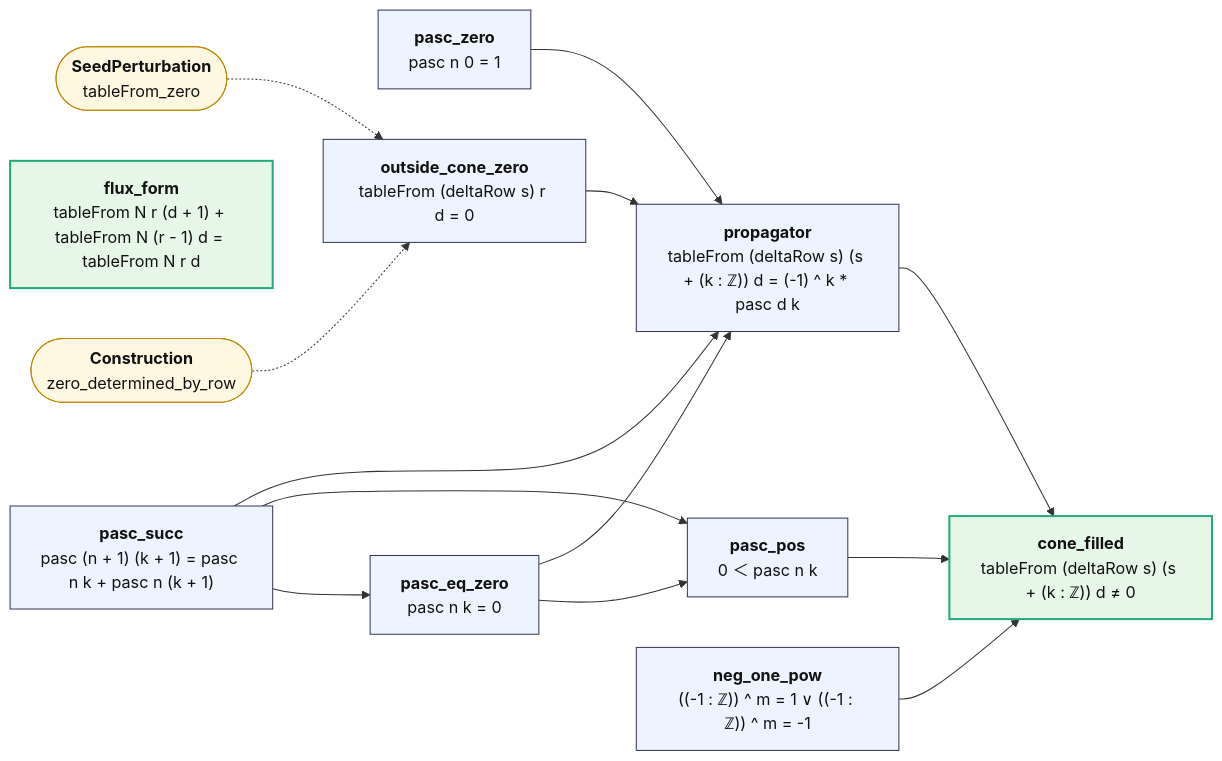
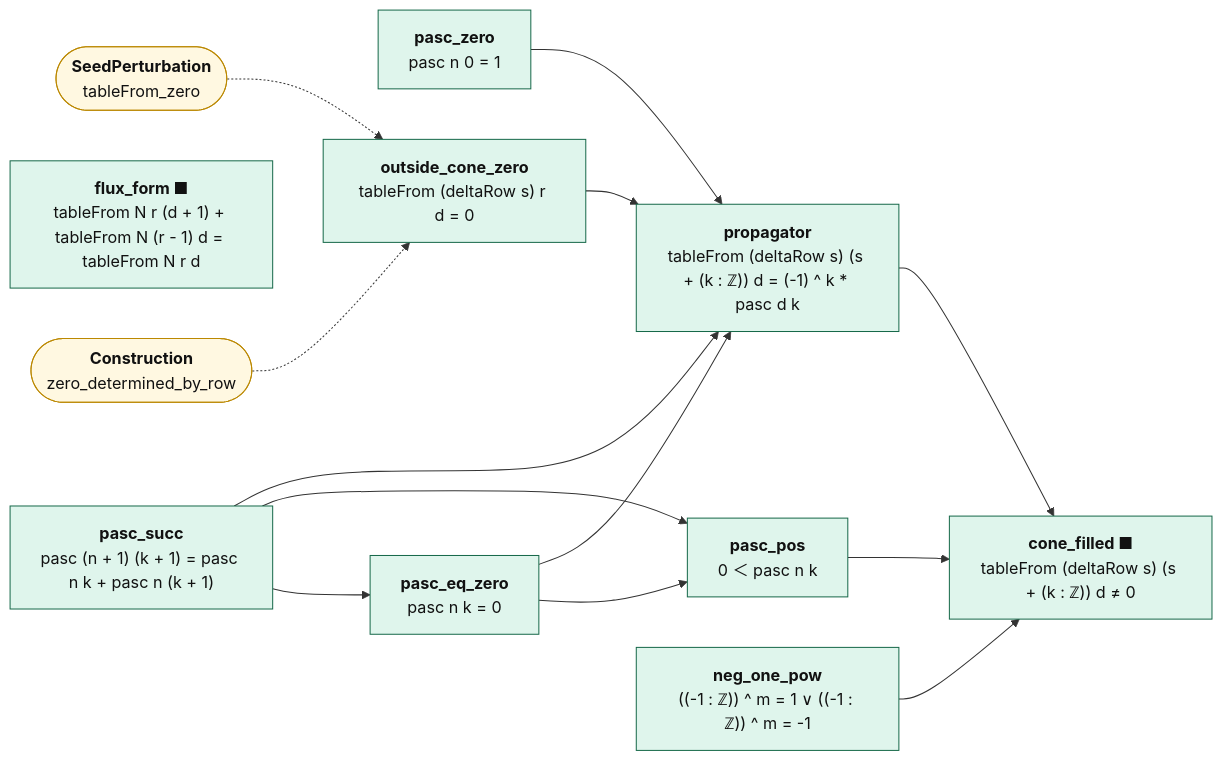
The diagram in map/lean/Propagation.md (juliansambranojr/Primebeat_081426), drawn with Mermaid before and after one commit. The commit also changed other lines of this file and 398 other files, not shown here.

First line of the commit message:
map: the table first. Three layers from Lean's record of each proof and everything beneath it: counting (integers only), shape (analysis, no zeta), reads zeta; map/TABLE.md lists every counting theorem; the Riemann hypothesis is drawn as one reading at the edge

````diff
--- a/map/lean/Propagation.md
+++ b/map/lean/Propagation.md
@@ -12,31 +12,34 @@
 ```mermaid
 flowchart LR
-  n0["<b>pasc_zero</b><br/>pasc n 0 = 1"]:::thm
-  n1["<b>pasc_succ</b><br/>pasc (n + 1) (k + 1) = pasc n k + pasc n (k + 1)"]:::thm
-  n2["<b>pasc_eq_zero</b><br/>pasc n k = 0"]:::thm
-  n3["<b>pasc_pos</b><br/>0 ＜ pasc n k"]:::thm
-  n4["<b>outside_cone_zero</b><br/>tableFrom (deltaRow s) r d = 0"]:::thm
-  n5["<b>propagator</b><br/>tableFrom (deltaRow s) (s + (k : ℤ)) d = (-1) ^ k * pasc d k"]:::thm
-  n6["<b>neg_one_pow</b><br/>((-1 : ℤ)) ^ m = 1 ∨ ((-1 : ℤ)) ^ m = -1"]:::thm
-  n7["<b>cone_filled</b><br/>tableFrom (deltaRow s) (s + (k : ℤ)) d ≠ 0"]:::end_
-  n8["<b>flux_form</b><br/>tableFrom N r (d + 1) + tableFrom N (r - 1) d = tableFrom N r d"]:::end_
+  n0["<b>pasc_zero</b><br/>pasc n 0 = 1"]:::cnt
+  n1["<b>pasc_succ</b><br/>pasc (n + 1) (k + 1) = pasc n k + pasc n (k + 1)"]:::cnt
+  n2["<b>pasc_eq_zero</b><br/>pasc n k = 0"]:::cnt
+  n3["<b>pasc_pos</b><br/>0 ＜ pasc n k"]:::cnt
+  n4["<b>outside_cone_zero</b><br/>tableFrom (deltaRow s) r d = 0"]:::cnt
+  n5["<b>propagator</b><br/>tableFrom (deltaRow s) (s + (k : ℤ)) d = (-1) ^ k * pasc d k"]:::cnt
+  n6["<b>neg_one_pow</b><br/>((-1 : ℤ)) ^ m = 1 ∨ ((-1 : ℤ)) ^ m = -1"]:::cnt
+  n7["<b>cone_filled ■</b><br/>tableFrom (deltaRow s) (s + (k : ℤ)) d ≠ 0"]:::cnt
+  n8["<b>flux_form ■</b><br/>tableFrom N r (d + 1) + tableFrom N (r - 1) d = tableFrom N r d"]:::cnt
   x0(["<b>Construction</b><br/>zero_determined_by_row"]):::ext
   x1(["<b>SeedPerturbation</b><br/>tableFrom_zero"]):::ext
   n0 --> n5
   n1 --> n2
   n1 --> n3
   n1 --> n5
   n2 --> n3
   n2 --> n5
   n3 --> n7
   n4 --> n5
   n5 --> n7
   n6 --> n7
   x0 -.-> n4
   x1 -.-> n4
+  classDef cnt fill:#dff5ec,stroke:#17694a,color:#111
+  classDef shp fill:#f1ecfb,stroke:#5b3fa0,color:#111
+  classDef rh fill:#ffe5e5,stroke:#c22,color:#111,stroke-width:2px
   classDef thm fill:#eef4ff,stroke:#335,color:#111
   classDef end_ fill:#e7f7e7,stroke:#2a7,color:#111,stroke-width:2px
   classDef lone fill:#fff,stroke:#999,color:#111,stroke-dasharray:4 3
   classDef bad fill:#ffe5e5,stroke:#c22,color:#111,stroke-width:2px
   classDef ext fill:#fff8e1,stroke:#b80,color:#111
 ```
````
